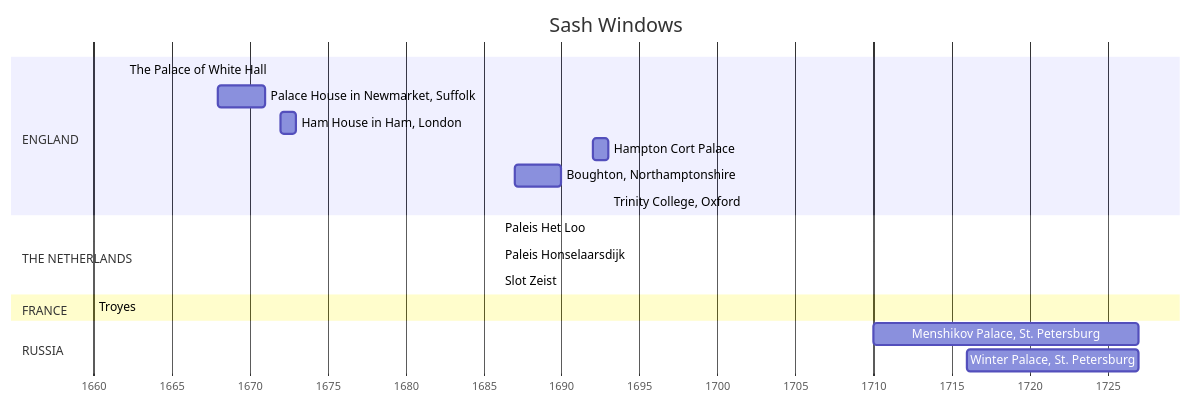
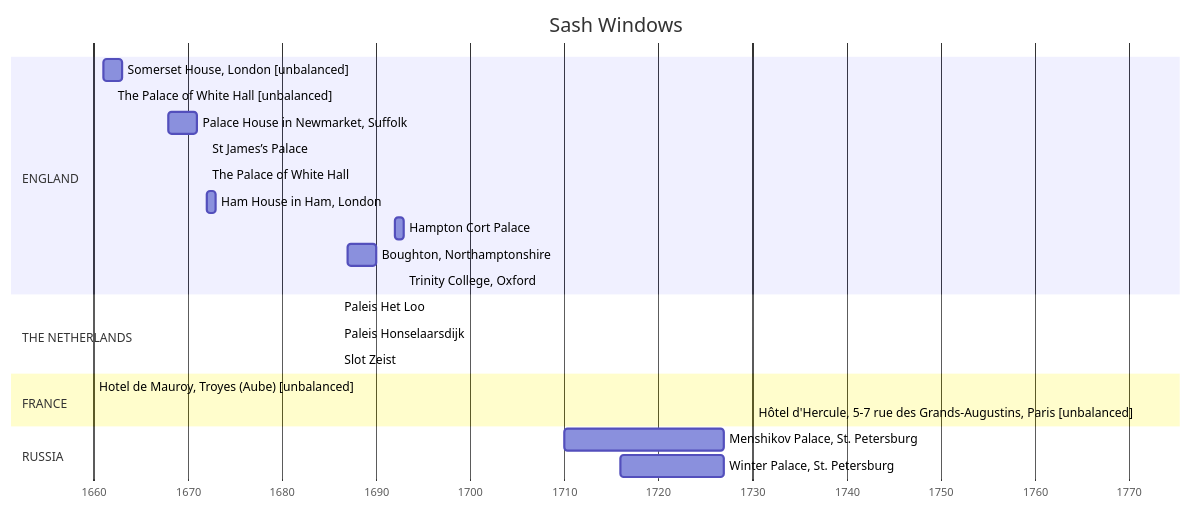
Before and after one commit to tropintropin/sash_windows: the diagram in timeline.md, drawn with Mermaid.

````diff
--- a/timeline.md
+++ b/timeline.md
@@ -3,28 +3,32 @@
 ```mermaid
 gantt
 	title Sash Windows
 	dateFormat YYYY
     axisFormat %Y
 
 	section ENGLAND
-		The Palace of White Hall                    : 1662,
+        Somerset House, London [unbalanced]         : 1661, 1663
+		The Palace of White Hall [unbalanced]       : 1662,
 		Palace House in Newmarket, Suffolk          : 1668, 1671
-		Ham House in Ham, London                    : 1672, 1673
+        St James’s Palace                           : 1672,
+		The Palace of White Hall                    : 1672,
+        Ham House in Ham, London                    : 1672, 1673
 		Hampton Cort Palace                         : 1692, 1693
 		Boughton, Northamptonshire                  : 1687, 1690
 		Trinity College, Oxford                     : 1693,
 
     section THE NETHERLANDS
         Paleis Het Loo                              : 1686,
         Paleis Honselaarsdijk                       : 1686,
         Slot Zeist                                  : 1686,
     
     section FRANCE
-        Troyes                                      : 1660,
+        Hotel de Mauroy, Troyes (Aube) [unbalanced]                         : 1660,
+        Hôtel d'Hercule, 5-7 rue des Grands-Augustins, Paris [unbalanced]   : 1771,
 
     section RUSSIA
         Menshikov Palace, St. Petersburg            : 1710, 1727
         Winter Palace, St. Petersburg               : 1716, 1727
 
 
 ```
````
